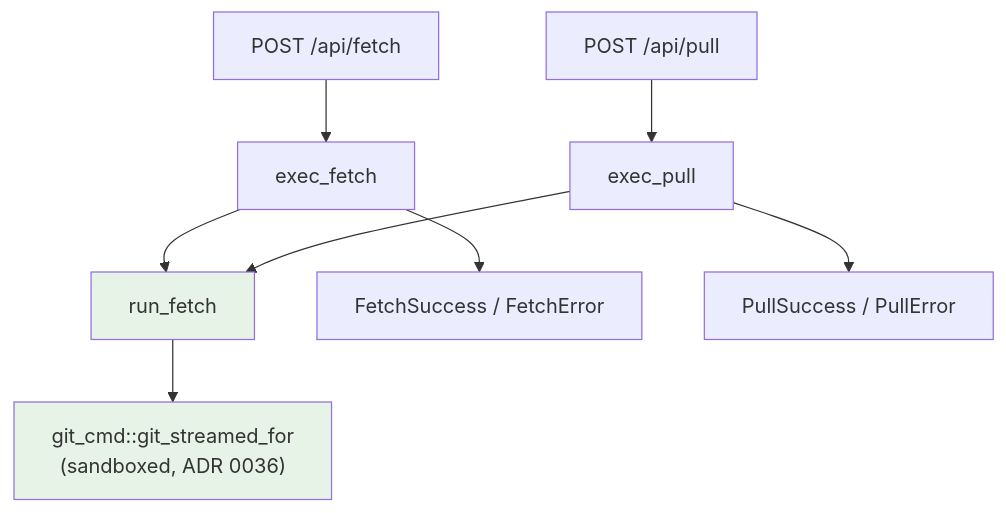
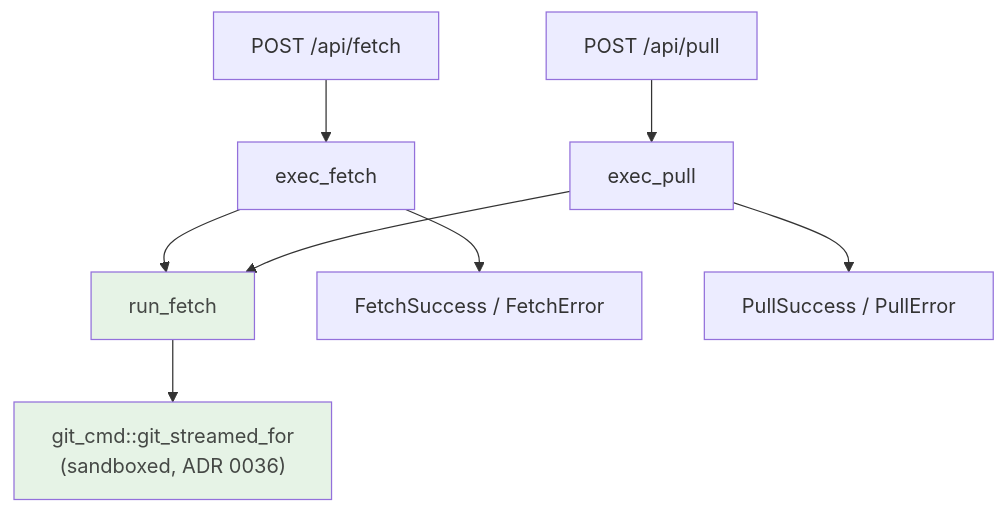
The third of 10 diagrams in docs/adr/0044-pull-execution.md (tom2025b/git-vista), drawn with Mermaid before and after one commit. The commit also changed other lines of this file and 21 other files, not shown here.

````diff
--- a/docs/adr/0044-pull-execution.md
+++ b/docs/adr/0044-pull-execution.md
@@ -128,12 +128,12 @@
 ```mermaid
 flowchart TD
     A["POST /api/fetch"] --> B["exec_fetch"]
     C["POST /api/pull"] --> D["exec_pull"]
     B --> E["run_fetch"]
     D --> E
     E --> F["git_cmd::git_streamed_for<br/>(sandboxed, ADR 0036)"]
     B --> G["FetchSuccess / FetchError"]
     D --> H["PullSuccess / PullError"]
-    style E fill:#e6f3e6
-    style F fill:#e6f3e6
+    style E fill:#e6f3e6,color:#454845
+    style F fill:#e6f3e6,color:#454845
 ```
````
